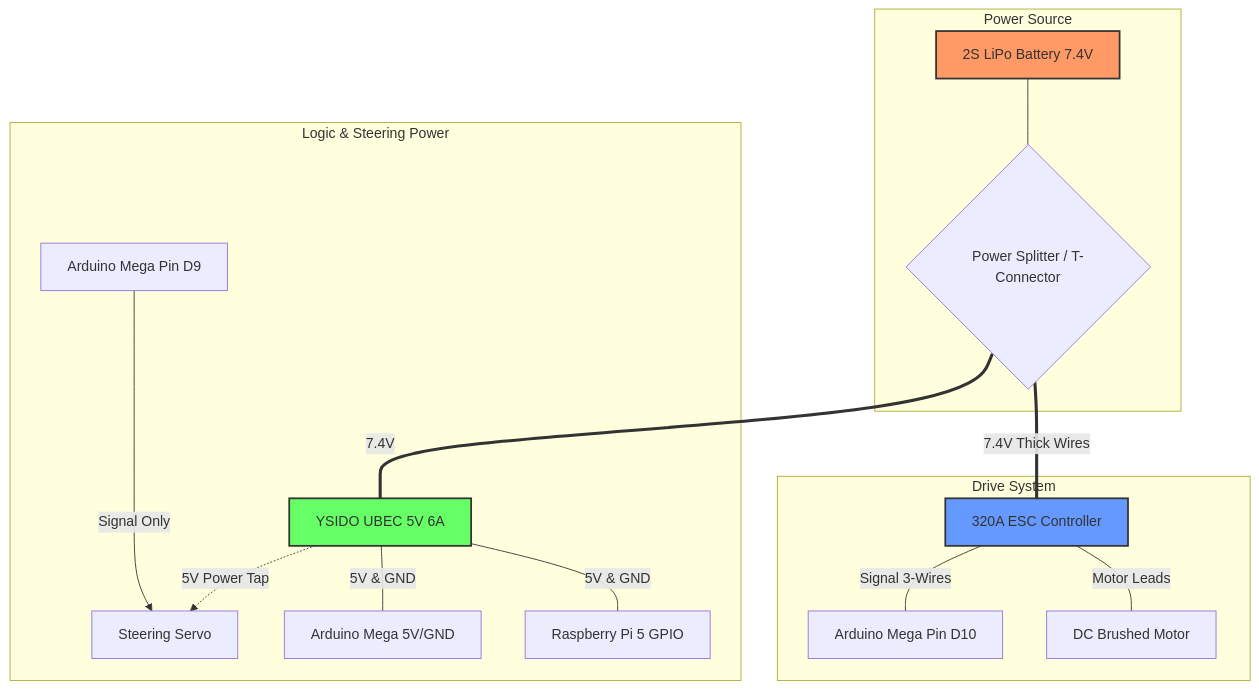
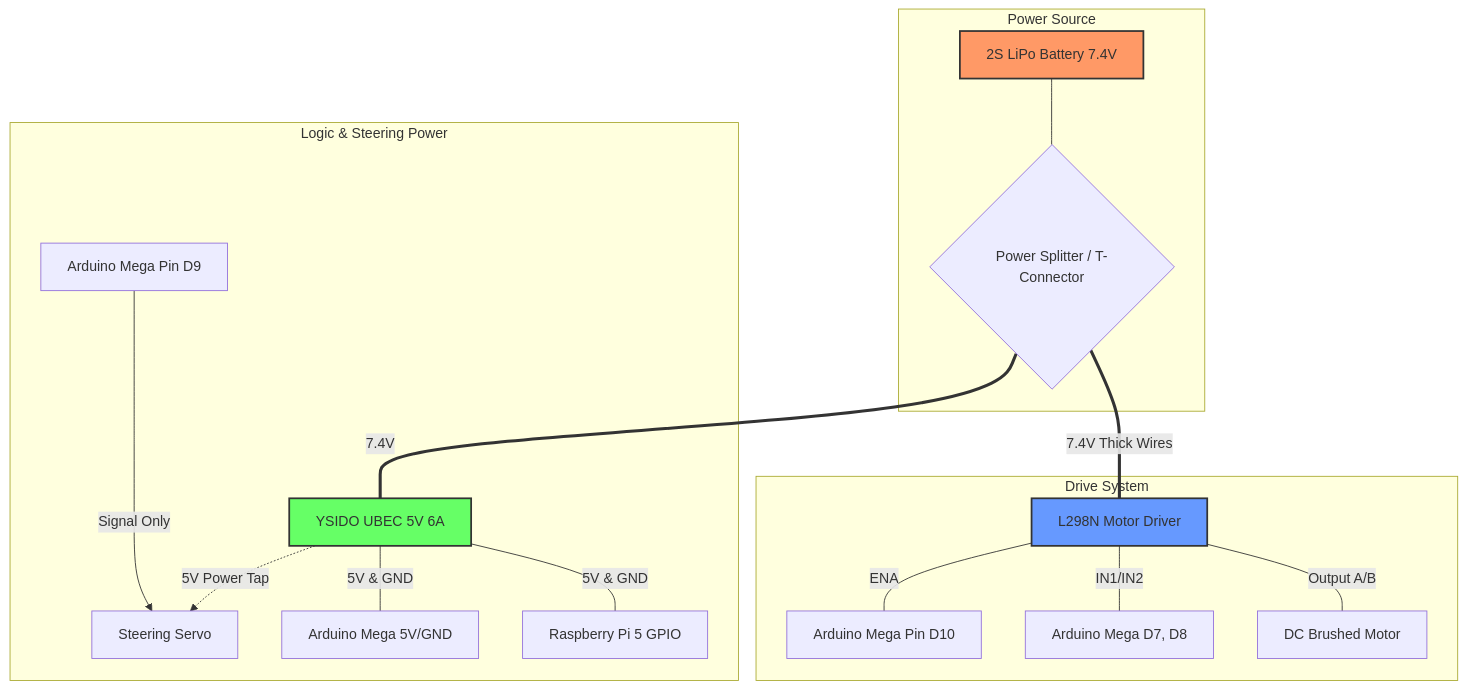
The first of 2 diagrams in wiring_guide.md (Harryosbonn/Roboto-Torimasu), drawn with Mermaid before and after one commit. The commit also changed other lines of this file and 7 other files, not shown here.

Commit message:
Migrate motor driver to L298N, fix MPU I2C hangs, and update documentation

````diff
--- a/wiring_guide.md
+++ b/wiring_guide.md
@@ -60,25 +62,26 @@
 ```mermaid
 graph TD
     subgraph "Power Source"
         BAT[2S LiPo Battery 7.4V] --- SPLIT{Power Splitter / T-Connector}
     end
 
     subgraph "Drive System"
-        SPLIT ===|7.4V Thick Wires| ESC[320A ESC Controller]
-        ESC ---|Motor Leads| M[DC Brushed Motor]
-        ESC ---|Signal 3-Wires| MEGA_D10[Arduino Mega Pin D10]
+        SPLIT ===|7.4V Thick Wires| L298N[L298N Motor Driver]
+        L298N ---|Output A/B| M[DC Brushed Motor]
+        L298N ---|IN1/IN2| MEGA_DIR[Arduino Mega D7, D8]
+        L298N ---|ENA| MEGA_D10[Arduino Mega Pin D10]
     end
 
     subgraph "Logic & Steering Power"
         SPLIT ===|7.4V| UBEC[YSIDO UBEC 5V 6A]
         UBEC ---|5V & GND| PI[Raspberry Pi 5 GPIO]
         UBEC ---|5V & GND| MEGA_VCC[Arduino Mega 5V/GND]
         
         UBEC -.->|5V Power Tap| SERVO[Steering Servo]
         MEGA_D9[Arduino Mega Pin D9] --->|Signal Only| SERVO
     end
 
     style BAT fill:#f96,stroke:#333,stroke-width:2px
-    style ESC fill:#69f,stroke:#333,stroke-width:2px
+    style L298N fill:#69f,stroke:#333,stroke-width:2px
     style UBEC fill:#6f6,stroke:#333,stroke-width:2px
 ```
````
